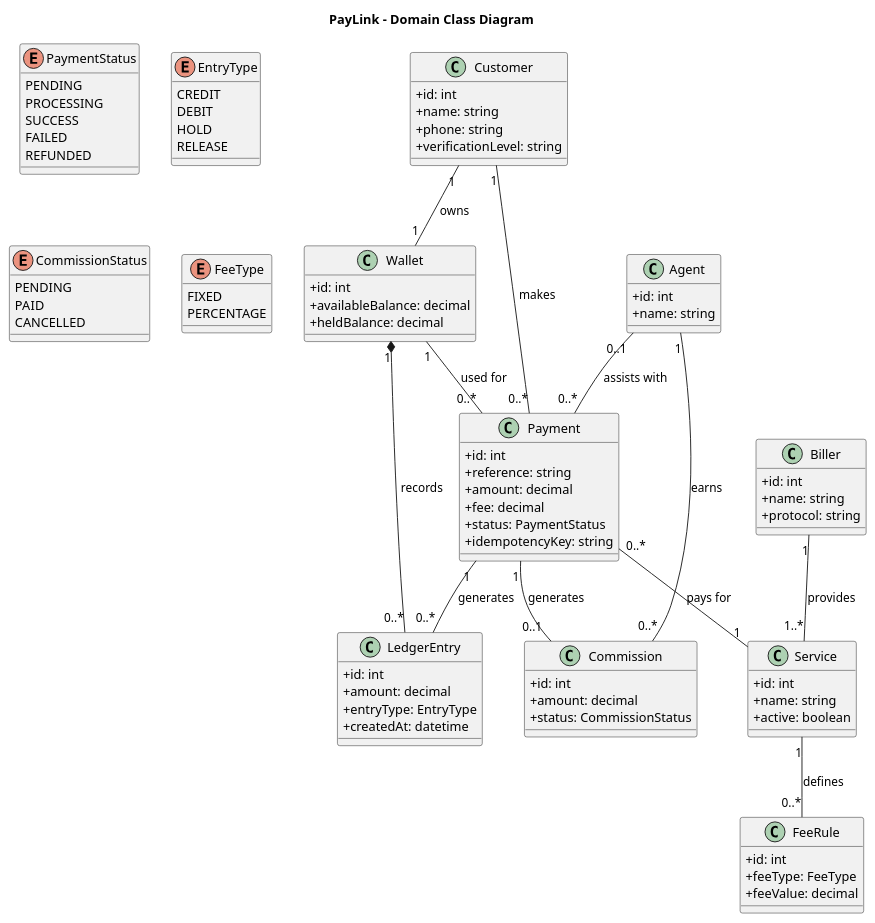
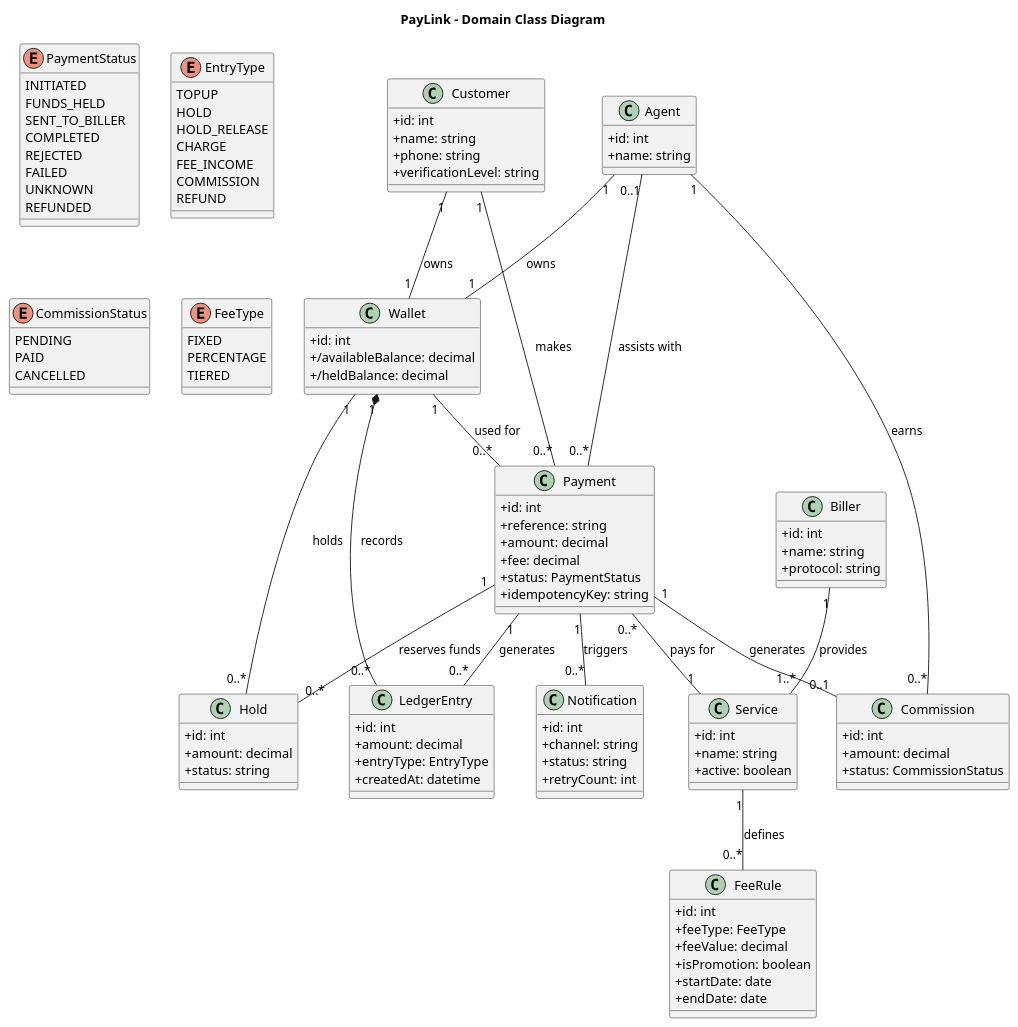
One commit to nourdeiaa/PayLink changed the diagram in docs/design/domain-class.puml. Above: the diagram before and after it, drawn with PlantUML. The commit also changed 1 other file, not shown here.

Commit message:
Update class/payBill sequence diagrams

```diff
--- a/docs/design/domain-class.puml
+++ b/docs/design/domain-class.puml
@@ -1,118 +1,147 @@
 @startuml
 title PayLink - Domain Class Diagram
 
 skinparam classAttributeIconSize 0
 
 ' ==================== ENUMS ====================
 
 enum PaymentStatus {
-  PENDING
-  PROCESSING
-  SUCCESS
+  INITIATED
+  FUNDS_HELD
+  SENT_TO_BILLER
+  COMPLETED
+  REJECTED
   FAILED
+  UNKNOWN
   REFUNDED
 }
 
 enum EntryType {
-  CREDIT
-  DEBIT
+  TOPUP
   HOLD
-  RELEASE
+  HOLD_RELEASE
+  CHARGE
+  FEE_INCOME
+  COMMISSION
+  REFUND
 }
 
 enum CommissionStatus {
   PENDING
   PAID
   CANCELLED
 }
 
 enum FeeType {
   FIXED
   PERCENTAGE
+  TIERED
 }
 
 ' ==================== CLASSES ====================
 
 class Customer {
   +id: int
   +name: string
   +phone: string
   +verificationLevel: string
 }
 
 class Wallet {
   +id: int
-  +availableBalance: decimal
-  +heldBalance: decimal
+  +/availableBalance: decimal
+  +/heldBalance: decimal
 }
 
 class LedgerEntry {
   +id: int
   +amount: decimal
   +entryType: EntryType
   +createdAt: datetime
 }
 
 class Payment {
   +id: int
   +reference: string
   +amount: decimal
   +fee: decimal
   +status: PaymentStatus
   +idempotencyKey: string
 }
 
 class Biller {
   +id: int
   +name: string
   +protocol: string
 }
 
 class Service {
   +id: int
   +name: string
   +active: boolean
 }
 
 class FeeRule {
   +id: int
   +feeType: FeeType
   +feeValue: decimal
+  +isPromotion: boolean
+  +startDate: date
+  +endDate: date
 }
 
 class Agent {
   +id: int
   +name: string
+}
+
+class Hold {
+  +id: int
+  +amount: decimal
+  +status: string
+}
+
+class Notification {
+  +id: int
+  +channel: string
+  +status: string
+  +retryCount: int
 }
 
 class Commission {
   +id: int
   +amount: decimal
   +status: CommissionStatus
 }
 
 ' ==================== RELATIONSHIPS ====================
 
 Customer "1" -- "1" Wallet : owns
 
 Wallet "1" *-- "0..*" LedgerEntry : records
 
 Customer "1" -- "0..*" Payment : makes
 
 Wallet "1" -- "0..*" Payment : used for
 
 Payment "0..*" -- "1" Service : pays for
 
 Biller "1" -- "1..*" Service : provides
 
 Service "1" -- "0..*" FeeRule : defines
 
 Payment "1" -- "0..*" LedgerEntry : generates
 
 Payment "1" -- "0..1" Commission : generates
 
 Agent "1" -- "0..*" Commission : earns
 
 Agent "0..1" -- "0..*" Payment : assists with
 
+Agent "1" -- "1" Wallet : owns
+
+Payment "1" -- "0..*" Hold : reserves funds
+Wallet "1" -- "0..*" Hold : holds
+Payment "1" -- "0..*" Notification : triggers
+
 @enduml
```
